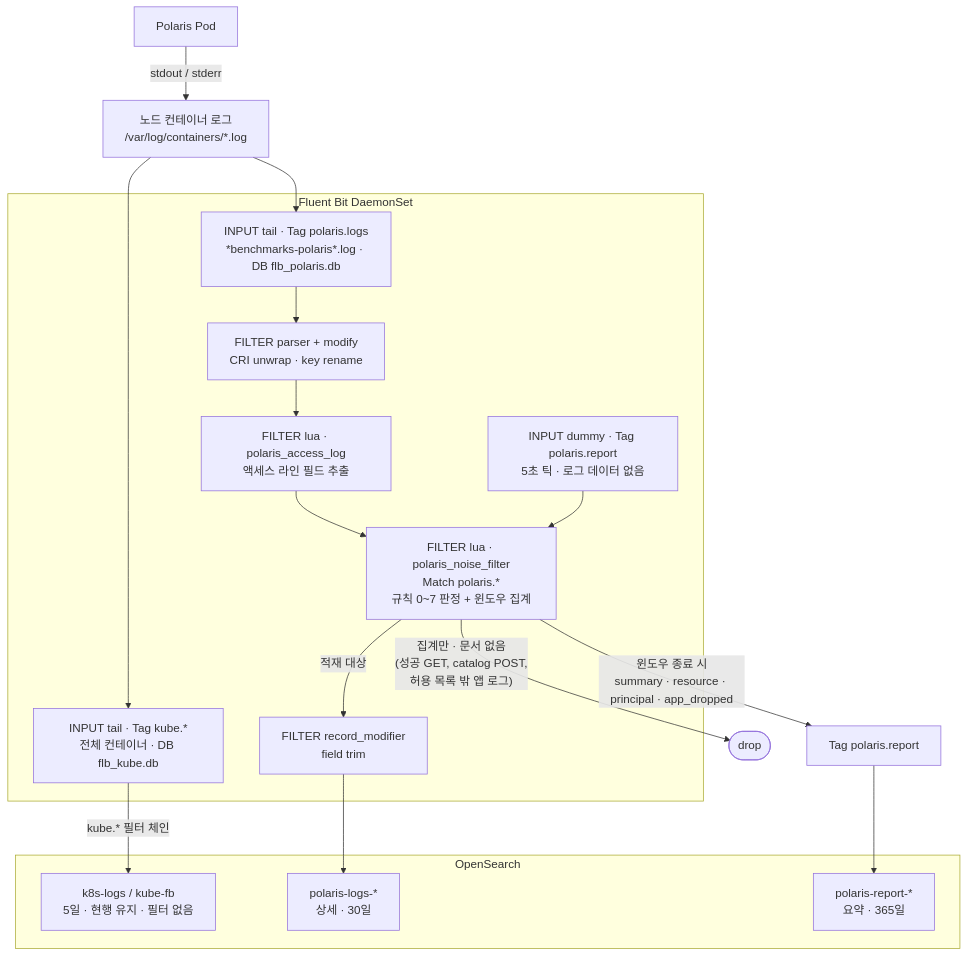
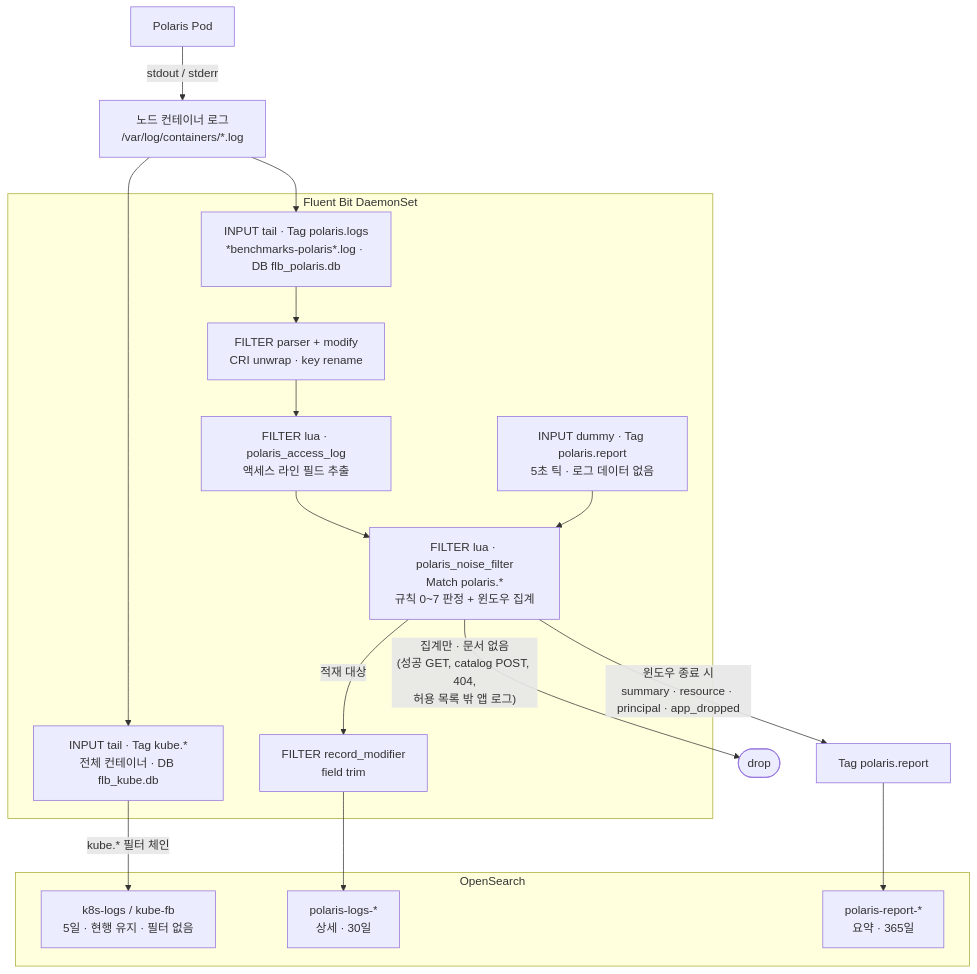
The diagram in logging/PROPOSAL-polaris-audit-log-retention.ko.md (enjay27/lakehouse-k8s), drawn with Mermaid before and after one commit. The commit also changed other lines of this file and 16 other files, not shown here.

````diff
--- a/logging/PROPOSAL-polaris-audit-log-retention.ko.md
+++ b/logging/PROPOSAL-polaris-audit-log-retention.ko.md
@@ -82,35 +84,35 @@
 ```mermaid
 flowchart TB
   POL["Polaris Pod"]
   CL["노드 컨테이너 로그<br/>/var/log/containers/*.log"]
   POL -->|"stdout / stderr"| CL
 
   subgraph FB["Fluent Bit DaemonSet"]
     I1["INPUT tail · Tag kube.*<br/>전체 컨테이너 · DB flb_kube.db"]
     I2["INPUT tail · Tag polaris.logs<br/>*benchmarks-polaris*.log · DB flb_polaris.db"]
     I3["INPUT dummy · Tag polaris.report<br/>5초 틱 · 로그 데이터 없음"]
     F1["FILTER parser + modify<br/>CRI unwrap · key rename"]
     F2["FILTER lua · polaris_access_log<br/>액세스 라인 필드 추출"]
     F3["FILTER lua · polaris_noise_filter<br/>Match polaris.*<br/>규칙 0~7 판정 + 윈도우 집계"]
     F4["FILTER record_modifier<br/>field trim"]
   end
 
   CL --> I1
   CL --> I2
   I2 --> F1 --> F2 --> F3
   I3 --> F3
 
   F3 -->|"적재 대상"| F4
-  F3 -->|"집계만 · 문서 없음<br/>(성공 GET, catalog POST,<br/>허용 목록 밖 앱 로그)"| DROP(["drop"])
+  F3 -->|"집계만 · 문서 없음<br/>(성공 GET, catalog POST, 404,<br/>허용 목록 밖 앱 로그)"| DROP(["drop"])
   F3 -->|"윈도우 종료 시<br/>summary · resource · principal · app_dropped"| RPT["Tag polaris.report"]
 
   subgraph OS["OpenSearch"]
     IDX1["k8s-logs / kube-fb<br/>5일 · 현행 유지 · 필터 없음"]
     IDX2["polaris-logs-*<br/>상세 · 30일"]
     IDX3["polaris-report-*<br/>요약 · 365일"]
   end
 
   I1 -->|"kube.* 필터 체인"| IDX1
   F4 --> IDX2
   RPT --> IDX3
 ```
````
